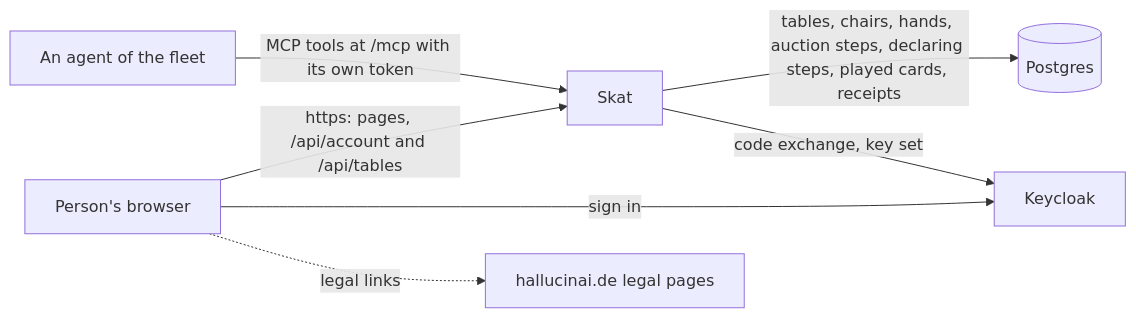
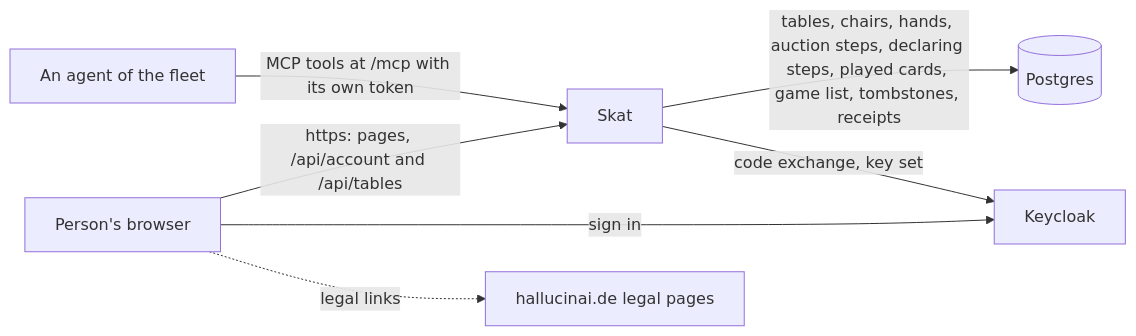
The first of 3 diagrams in docs/ARCHITECTURE.md (overnightworks/skat), drawn with Mermaid before and after one commit. The commit also changed other lines of this file and 33 other files, not shown here.

````diff
--- a/docs/ARCHITECTURE.md
+++ b/docs/ARCHITECTURE.md
@@ -7,9 +7,9 @@
 ```mermaid
 flowchart LR
     person["Person's browser"] -->|"https: pages, /api/account and /api/tables"| skat["Skat"]
     person -->|"sign in"| keycloak["Keycloak"]
     agent["An agent of the fleet"] -->|"MCP tools at /mcp with its own token"| skat
-    skat -->|"tables, chairs, hands, auction steps, declaring steps, played cards, receipts"| database[("Postgres")]
+    skat -->|"tables, chairs, hands, auction steps, declaring steps, played cards, game list, tombstones, receipts"| database[("Postgres")]
     skat -->|"code exchange, key set"| keycloak
     person -.->|"legal links"| legal["hallucinai.de legal pages"]
 ```
````
